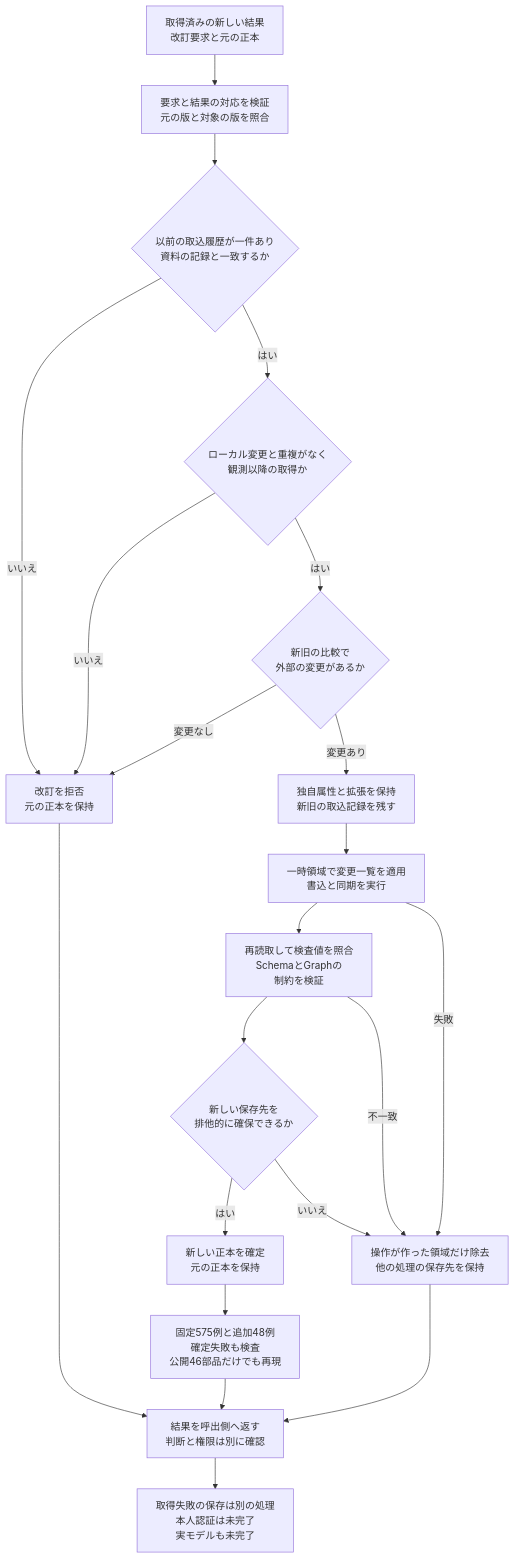
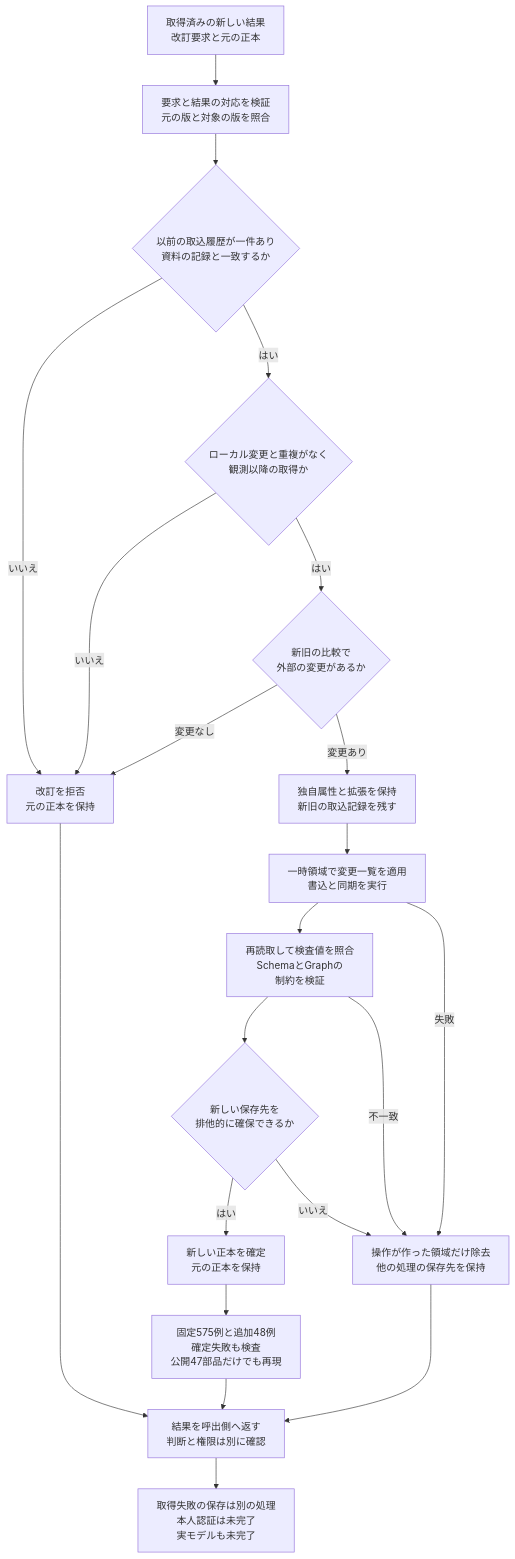
One commit to koukemo/morivyx changed the diagram in docs/diagrams/python-import-snapshot-revision.mmd. Above: the diagram before and after it, drawn with Mermaid. The commit also changed 48 other files, not shown here.

```diff
--- a/docs/diagrams/python-import-snapshot-revision.mmd
+++ b/docs/diagrams/python-import-snapshot-revision.mmd
@@ -1,21 +1,21 @@
 flowchart TD
   A[取得済みの新しい結果<br/>改訂要求と元の正本] --> B[要求と結果の対応を検証<br/>元の版と対象の版を照合]
   B --> C{以前の取込履歴が一件あり<br/>資料の記録と一致するか}
   C -->|いいえ| R[改訂を拒否<br/>元の正本を保持]
   C -->|はい| D{ローカル変更と重複がなく<br/>観測以降の取得か}
   D -->|いいえ| R
   D -->|はい| E{新旧の比較で<br/>外部の変更があるか}
   E -->|変更なし| R
   E -->|変更あり| F[独自属性と拡張を保持<br/>新旧の取込記録を残す]
   F --> G[一時領域で変更一覧を適用<br/>書込と同期を実行]
   G --> H[再読取して検査値を照合<br/>SchemaとGraphの<br/>制約を検証]
   H --> I{新しい保存先を<br/>排他的に確保できるか}
   I -->|はい| J[新しい正本を確定<br/>元の正本を保持]
   I -->|いいえ| K[操作が作った領域だけ除去<br/>他の処理の保存先を保持]
   G -->|失敗| K
   H -->|不一致| K
-  J --> L[固定575例と追加48例<br/>確定失敗も検査<br/>公開46部品だけでも再現]
+  J --> L[固定575例と追加48例<br/>確定失敗も検査<br/>公開47部品だけでも再現]
   R --> M[結果を呼出側へ返す<br/>判断と権限は別に確認]
   K --> M
   L --> M
   M --> N[取得失敗の保存は別の処理<br/>本人認証は未完了<br/>実モデルも未完了]
```
